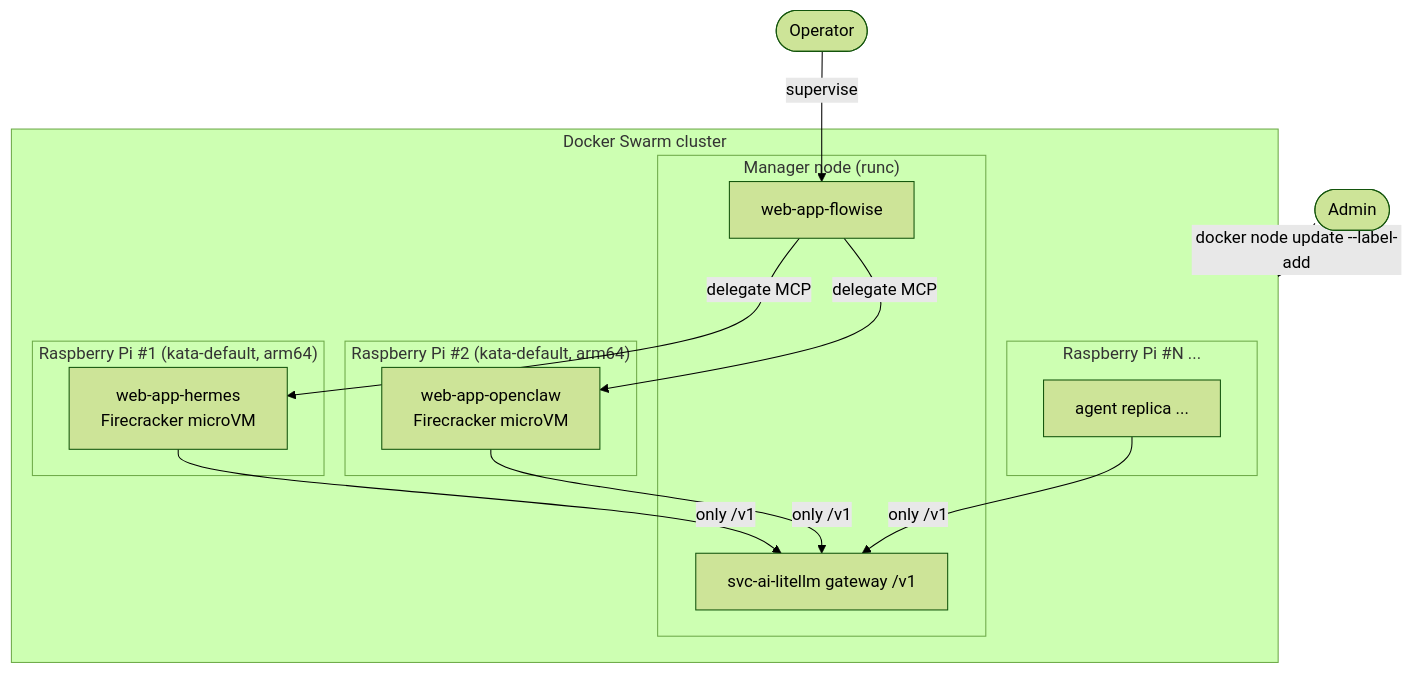
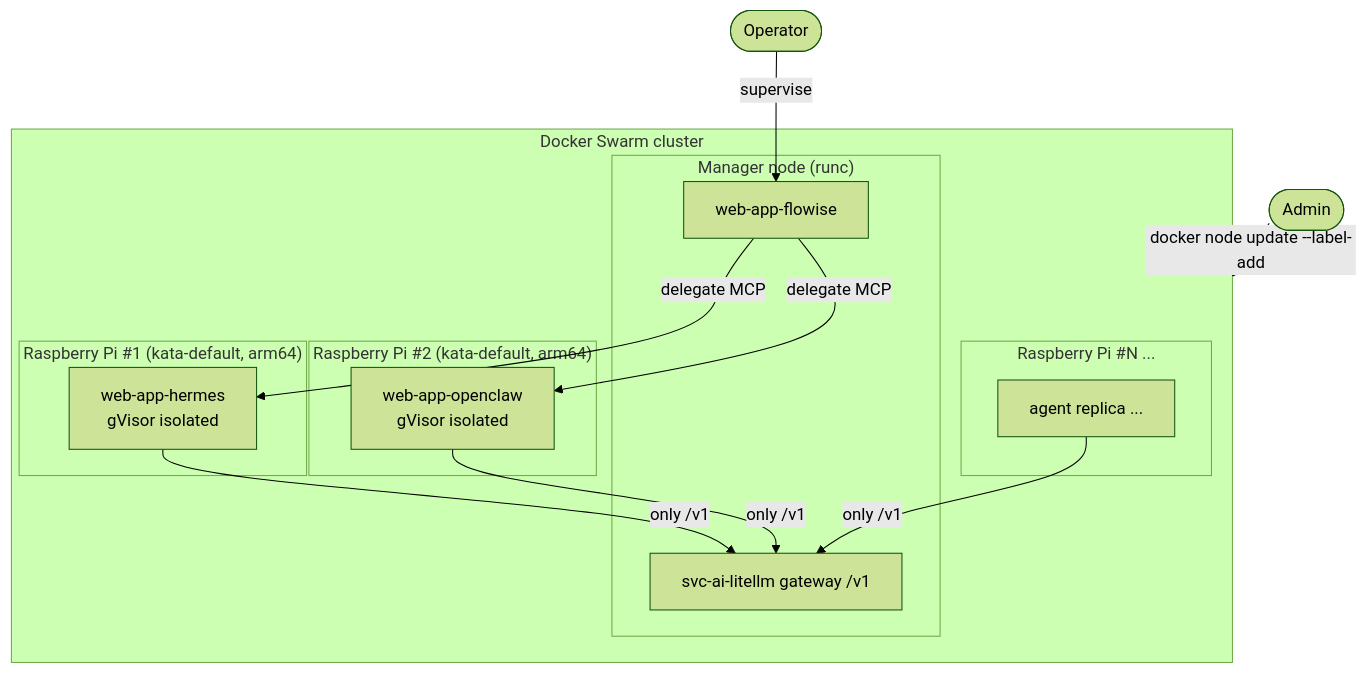
The seventh of 7 diagrams in docs/requirements/032-agent-employees-firecracker.md (infinito-nexus/core), drawn with Mermaid (forest theme) before and after one commit. The commit also changed other lines of this file, not shown here.

````diff
--- a/docs/requirements/032-agent-employees-firecracker.md
+++ b/docs/requirements/032-agent-employees-firecracker.md
@@ -229,25 +233,25 @@
 ```mermaid
 flowchart TB
     operator([Operator]) -->|supervise| flowise
     admin([Admin]) -->|"docker node update --label-add"| swarm
 
     subgraph swarm["Docker Swarm cluster"]
         subgraph mgr["Manager node (runc)"]
             flowise["web-app-flowise"]
             gw["svc-ai-litellm gateway /v1"]
         end
         subgraph pi1["Raspberry Pi #1 (kata-default, arm64)"]
-            h1["web-app-hermes<br/>Firecracker microVM"]
+            h1["web-app-hermes<br/>gVisor isolated"]
         end
         subgraph pi2["Raspberry Pi #2 (kata-default, arm64)"]
-            o1["web-app-openclaw<br/>Firecracker microVM"]
+            o1["web-app-openclaw<br/>gVisor isolated"]
         end
         subgraph piN["Raspberry Pi #N ..."]
             aN["agent replica ..."]
         end
     end
 
     flowise -->|delegate MCP| h1
     flowise -->|delegate MCP| o1
     h1 & o1 & aN -->|only /v1| gw
 ```
````
